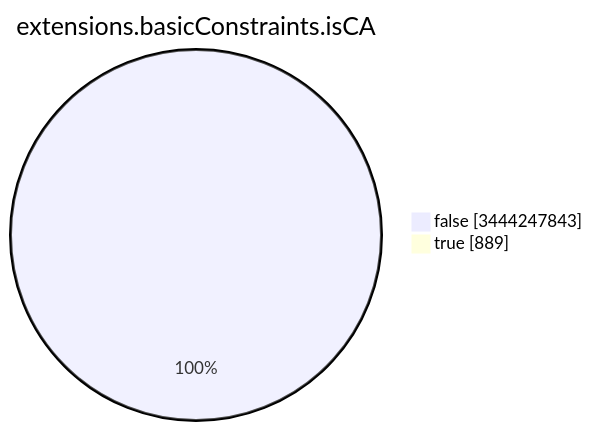
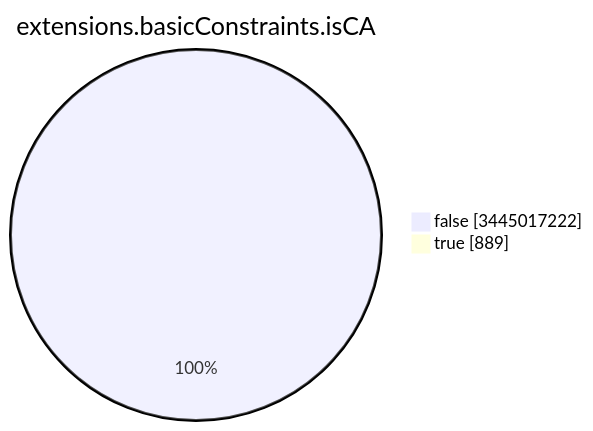
Before and after one commit to christiankrug/ctmonitor_visualization: the seventh of 15 diagrams in TOTAL/README.md, drawn with Mermaid. The commit also changed other lines of this file, not shown here.

````diff
--- a/TOTAL/README.md
+++ b/TOTAL/README.md
@@ -3092,6 +3092,6 @@
 ```mermaid
 pie showData
 title extensions.basicConstraints.isCA
-"false" :3444247843
+"false" :3445017222
 "true" :889
 ```
````
